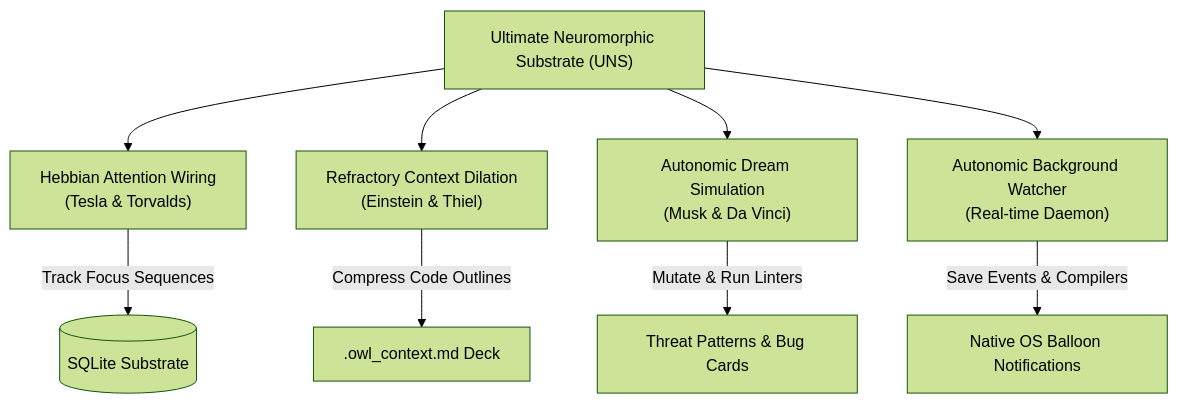
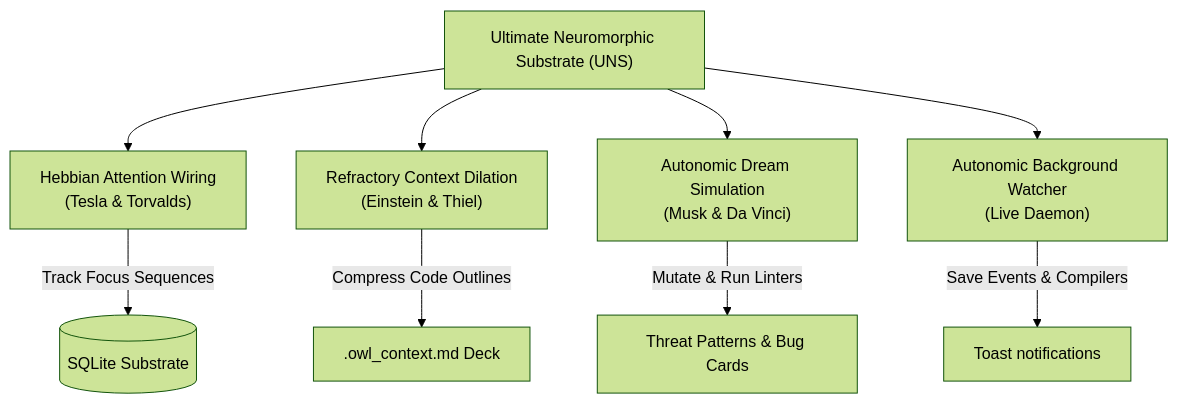
The diagram in README.md (gauravv-g/owl-memory-mcp), drawn with Mermaid (forest theme) before and after one commit. The commit also changed other lines of this file and 9 other files, not shown here.

````diff
--- a/README.md
+++ b/README.md
@@ -11,13 +29,13 @@
 ```mermaid
 graph TD
     UNS["Ultimate Neuromorphic Substrate (UNS)"]
     UNS --> HAW["Hebbian Attention Wiring<br>(Tesla & Torvalds)"]
     UNS --> RCD["Refractory Context Dilation<br>(Einstein & Thiel)"]
     UNS --> ADS["Autonomic Dream Simulation<br>(Musk & Da Vinci)"]
-    UNS --> ABD["Autonomic Background Watcher<br>(Real-time Daemon)"]
+    UNS --> ABD["Autonomic Background Watcher<br>(Live Daemon)"]
 
     HAW --> |Track Focus Sequences| DB[(SQLite Substrate)]
     RCD --> |Compress Code Outlines| MD[".owl_context.md Deck"]
     ADS --> |Mutate & Run Linters| Threats[Threat Patterns & Bug Cards]
-    ABD --> |Save Events & Compilers| Toast[Native OS Balloon Notifications]
+    ABD --> |Save Events & Compilers| Toast[Toast notifications]
 ```
````
